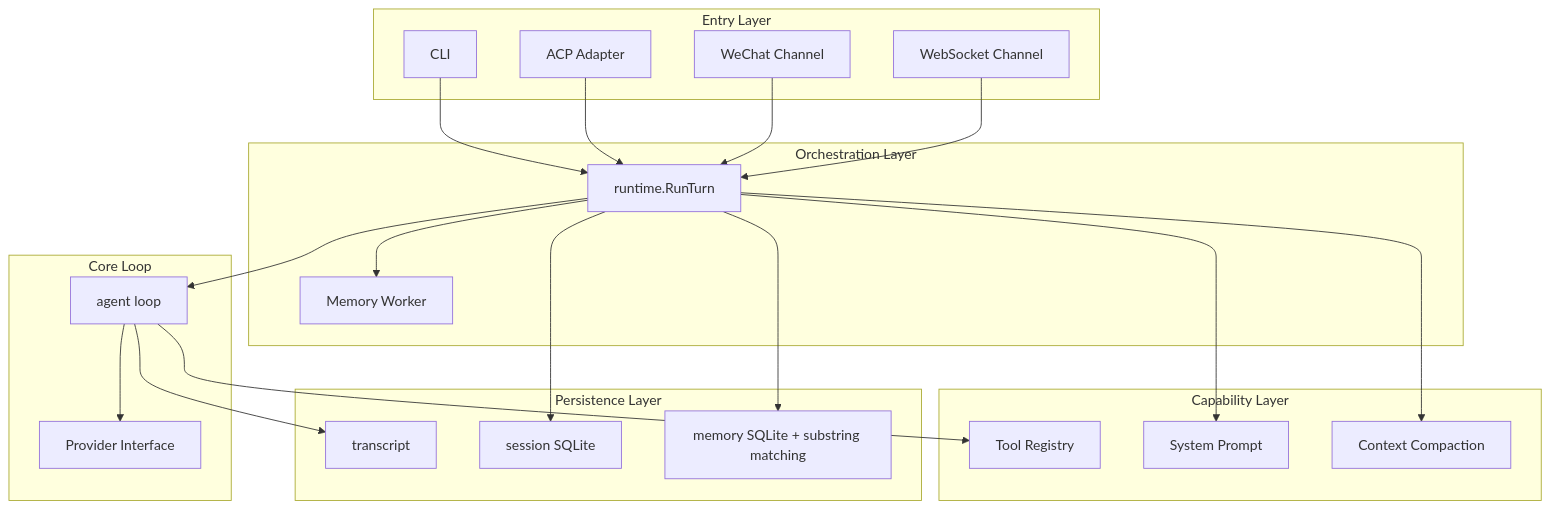
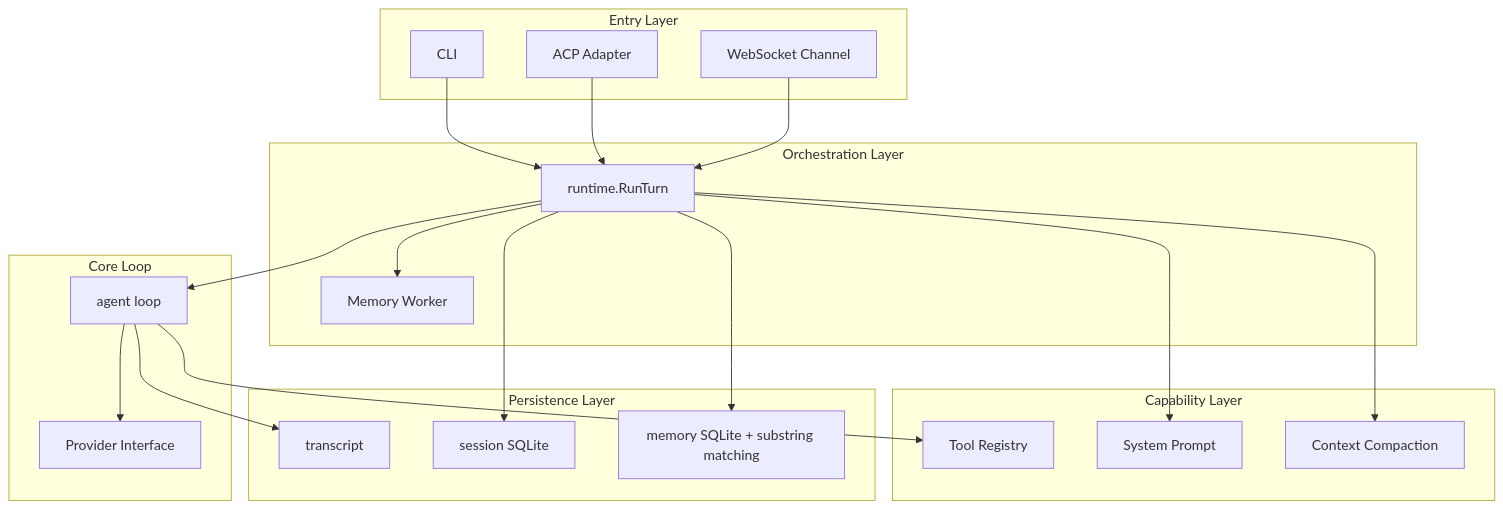
Before and after one commit to gvenusleo/Atlas: the first of 2 diagrams in docs/architecture.md, drawn with Mermaid. The commit also changed 34 other files, not shown here.

First line of the commit message:
refactor!: remove WeChat channel

````diff
--- a/docs/architecture.md
+++ b/docs/architecture.md
@@ -9,45 +9,43 @@
 ```mermaid
 graph TD
     subgraph Entry Layer
         CLI[CLI]
         ACP[ACP Adapter]
-        WX[WeChat Channel]
         WS[WebSocket Channel]
     end
 
     subgraph Orchestration Layer
         RT[runtime.RunTurn]
         MW[Memory Worker]
     end
 
     subgraph Core Loop
         AG[agent loop]
         PR[Provider Interface]
     end
 
     subgraph Capability Layer
         TOOLS[Tool Registry]
         PRMPT[System Prompt]
         CMP[Context Compaction]
     end
 
     subgraph Persistence Layer
         TR[transcript]
         SS[session SQLite]
         MS[memory SQLite + substring matching]
     end
 
     CLI --> RT
     ACP --> RT
-    WX --> RT
     WS --> RT
     RT --> AG
     RT --> MW
     AG --> PR
     AG --> TOOLS
     RT --> PRMPT
     RT --> CMP
     RT --> MS
     AG --> TR
     RT --> SS
 ```
````
